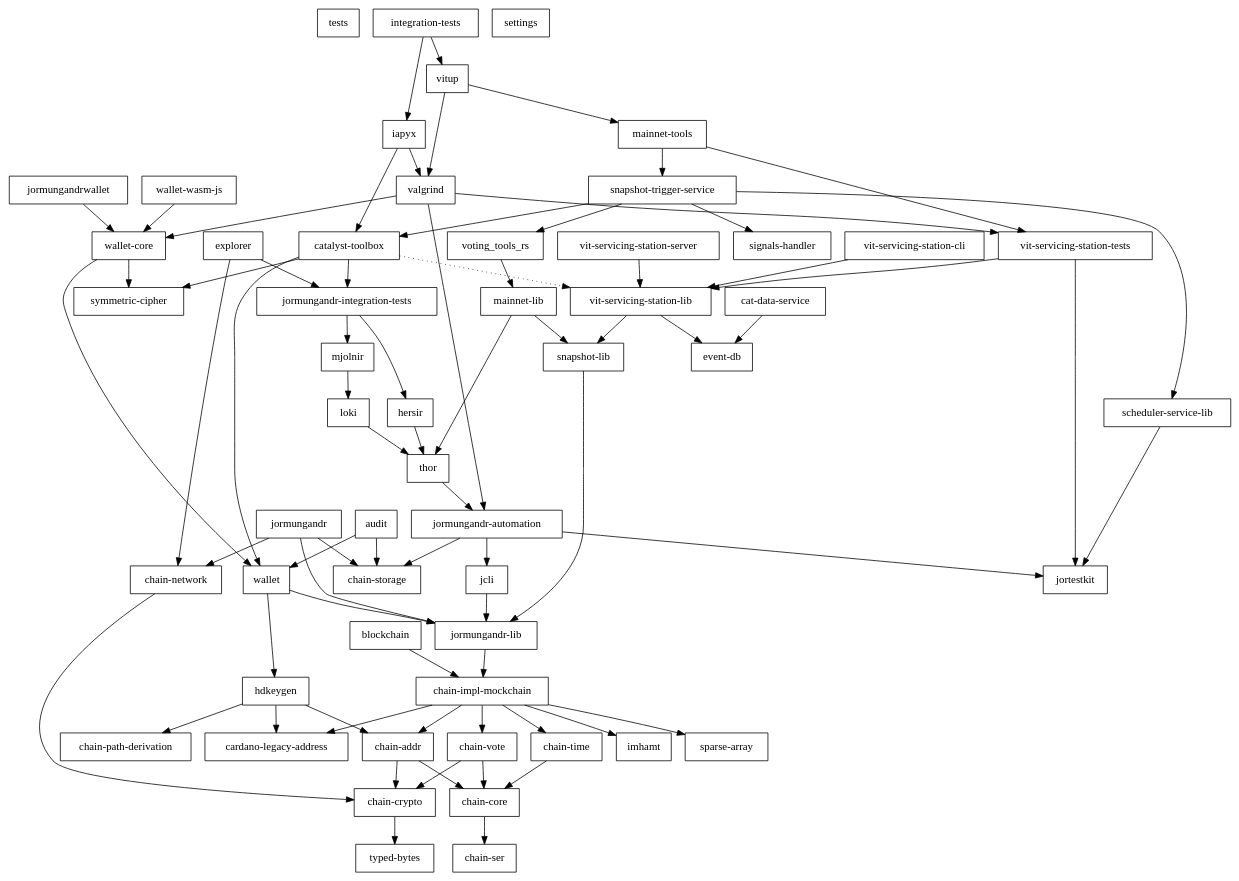
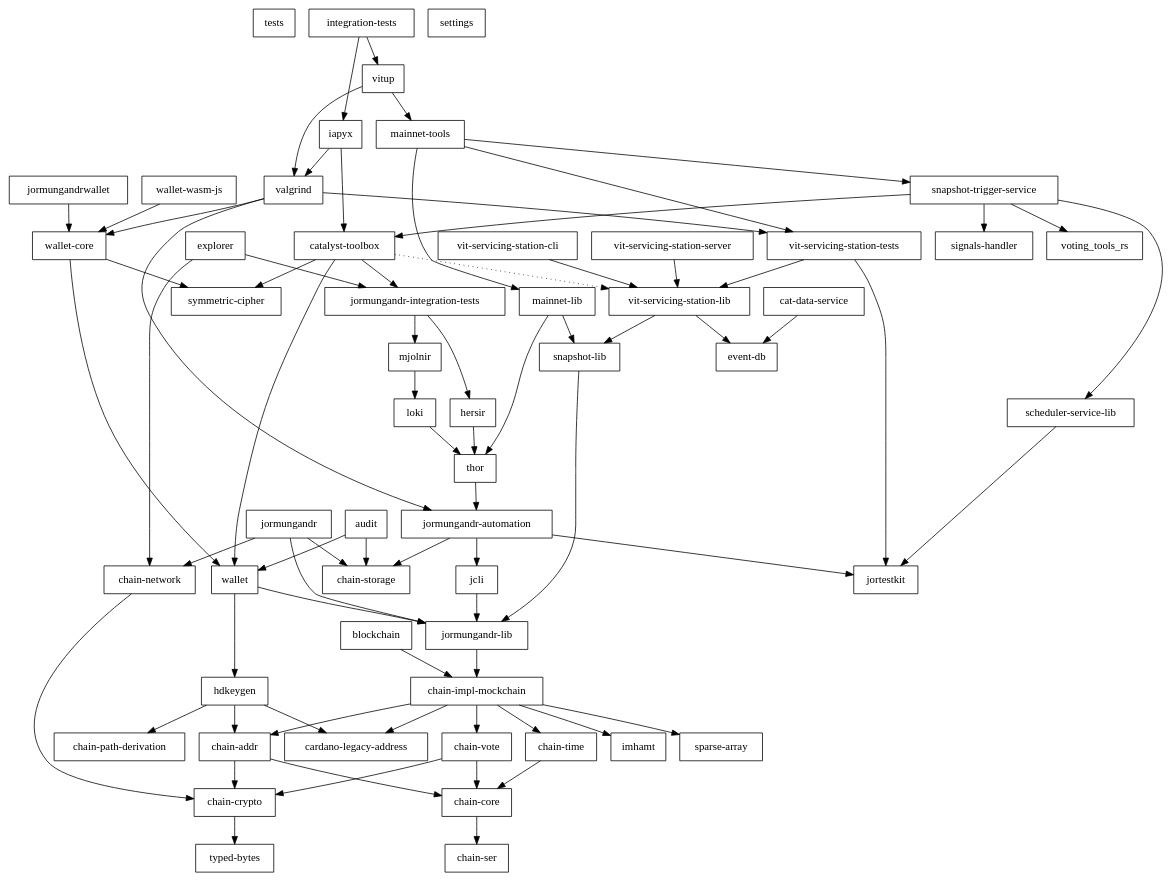
Before and after one commit to input-output-hk/catalyst-core: the diagram in main/06_rust_api/rust/doc/workspace.depgraph.dot, drawn with Graphviz. The commit also changed 2560 other files, not shown here.

```diff
--- a/main/06_rust_api/rust/doc/workspace.depgraph.dot
+++ b/main/06_rust_api/rust/doc/workspace.depgraph.dot
@@ -1,128 +1,128 @@
 digraph {
     0 [ label = "tests" shape = box]
     1 [ label = "catalyst-toolbox" shape = box]
     2 [ label = "chain-addr" shape = box]
     3 [ label = "chain-core" shape = box]
     4 [ label = "chain-ser" shape = box]
     5 [ label = "chain-crypto" shape = box]
     6 [ label = "typed-bytes" shape = box]
     7 [ label = "chain-impl-mockchain" shape = box]
     8 [ label = "cardano-legacy-address" shape = box]
     9 [ label = "chain-time" shape = box]
     10 [ label = "chain-vote" shape = box]
     11 [ label = "imhamt" shape = box]
     12 [ label = "sparse-array" shape = box]
     13 [ label = "chain-storage" shape = box]
     14 [ label = "jcli" shape = box]
     15 [ label = "jormungandr-lib" shape = box]
     16 [ label = "jormungandr-automation" shape = box]
     17 [ label = "jortestkit" shape = box]
     18 [ label = "jormungandr-integration-tests" shape = box]
     19 [ label = "hersir" shape = box]
     20 [ label = "thor" shape = box]
     21 [ label = "loki" shape = box]
     22 [ label = "mjolnir" shape = box]
     23 [ label = "snapshot-lib" shape = box]
     24 [ label = "symmetric-cipher" shape = box]
     25 [ label = "vit-servicing-station-lib" shape = box]
     26 [ label = "event-db" shape = box]
     27 [ label = "vit-servicing-station-tests" shape = box]
     28 [ label = "wallet" shape = box]
     29 [ label = "chain-path-derivation" shape = box]
     30 [ label = "hdkeygen" shape = box]
     31 [ label = "chain-network" shape = box]
     32 [ label = "jormungandrwallet" shape = box]
     33 [ label = "wallet-core" shape = box]
     34 [ label = "wallet-wasm-js" shape = box]
     35 [ label = "jormungandr" shape = box]
     36 [ label = "explorer" shape = box]
     37 [ label = "settings" shape = box]
     38 [ label = "blockchain" shape = box]
     39 [ label = "vit-servicing-station-cli" shape = box]
     40 [ label = "vit-servicing-station-server" shape = box]
     41 [ label = "iapyx" shape = box]
     42 [ label = "valgrind" shape = box]
     43 [ label = "vitup" shape = box]
     44 [ label = "mainnet-lib" shape = box]
     45 [ label = "mainnet-tools" shape = box]
     46 [ label = "scheduler-service-lib" shape = box]
     47 [ label = "signals-handler" shape = box]
     48 [ label = "snapshot-trigger-service" shape = box]
     49 [ label = "voting_tools_rs" shape = box]
     50 [ label = "integration-tests" shape = box]
     51 [ label = "cat-data-service" shape = box]
     52 [ label = "audit" shape = box]
     1 -> 18 [ ]
     1 -> 24 [ ]
     1 -> 25 [ style = dotted]
     1 -> 28 [ ]
     2 -> 3 [ ]
     2 -> 5 [ ]
     3 -> 4 [ ]
     5 -> 6 [ ]
     7 -> 8 [ ]
     7 -> 2 [ ]
     7 -> 9 [ ]
     7 -> 10 [ ]
     7 -> 11 [ ]
     7 -> 12 [ ]
     9 -> 3 [ ]
     10 -> 3 [ ]
     10 -> 5 [ ]
     14 -> 15 [ ]
     15 -> 7 [ ]
     16 -> 13 [ ]
     16 -> 14 [ ]
     16 -> 17 [ ]
     18 -> 19 [ ]
     18 -> 22 [ ]
     19 -> 20 [ ]
     20 -> 16 [ ]
     21 -> 20 [ ]
     22 -> 21 [ ]
     23 -> 15 [ ]
     25 -> 26 [ ]
     25 -> 23 [ ]
     27 -> 17 [ ]
     27 -> 25 [ ]
     28 -> 30 [ ]
     28 -> 15 [ ]
     30 -> 8 [ ]
     30 -> 2 [ ]
     30 -> 29 [ ]
     31 -> 5 [ ]
     32 -> 33 [ ]
     33 -> 24 [ ]
     33 -> 28 [ ]
     34 -> 33 [ ]
     35 -> 31 [ ]
     35 -> 13 [ ]
     35 -> 15 [ ]
     36 -> 31 [ ]
     36 -> 18 [ ]
     38 -> 7 [ ]
     39 -> 25 [ ]
     40 -> 25 [ ]
     41 -> 1 [ ]
     41 -> 42 [ ]
     42 -> 16 [ ]
     42 -> 27 [ ]
     42 -> 33 [ ]
     43 -> 45 [ ]
     43 -> 42 [ ]
     44 -> 23 [ ]
     44 -> 20 [ ]
+    45 -> 44 [ ]
     45 -> 48 [ ]
     45 -> 27 [ ]
     46 -> 17 [ ]
     48 -> 1 [ ]
     48 -> 46 [ ]
     48 -> 47 [ ]
     48 -> 49 [ ]
-    49 -> 44 [ ]
     50 -> 41 [ ]
     50 -> 43 [ ]
     51 -> 26 [ ]
     52 -> 13 [ ]
     52 -> 28 [ ]
 }
```
